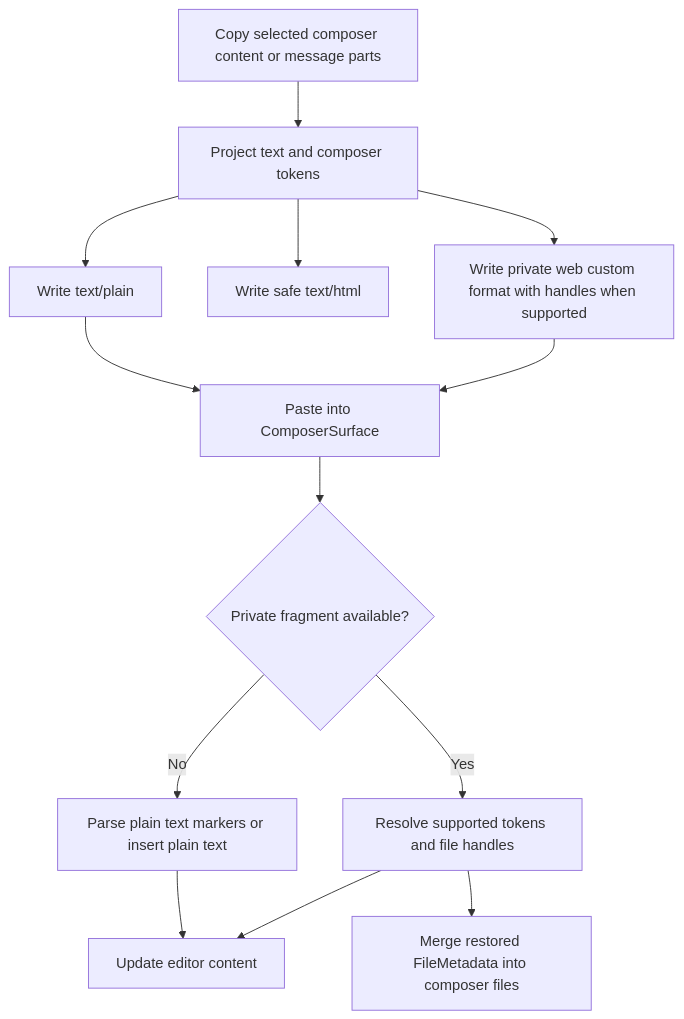
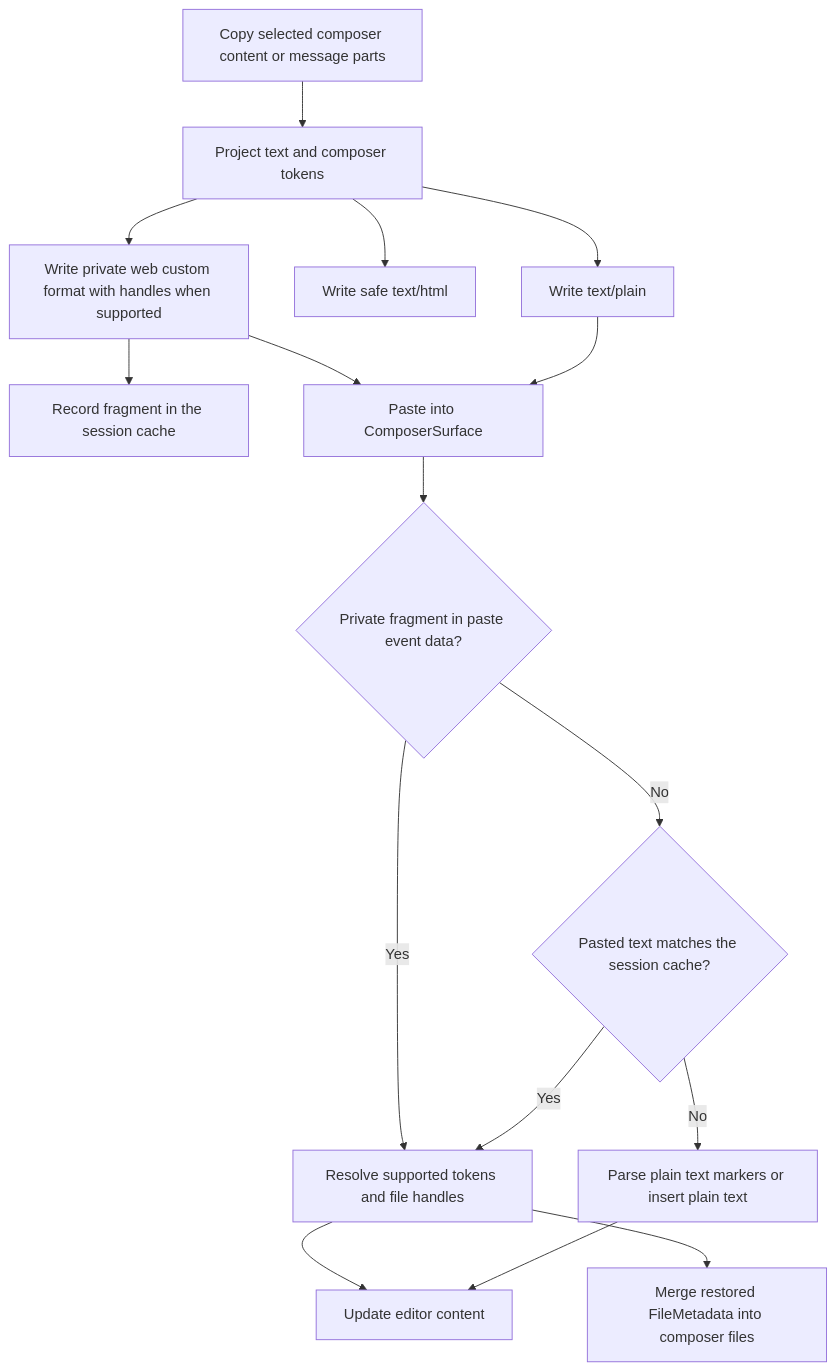
One commit to CherryHQ/cherry-studio changed the diagram in docs/references/messaging/composer-rich-clipboard.md. Above: the diagram before and after it, drawn with Mermaid. The commit also changed other lines of this file and 4 other files, not shown here.

First line of the commit message:
fix(composer-clipboard): keep paste synchronous via session fragment cache

````diff
--- a/docs/references/messaging/composer-rich-clipboard.md
+++ b/docs/references/messaging/composer-rich-clipboard.md
@@ -36,15 +41,18 @@
 ```mermaid
 flowchart TD
   A["Copy selected composer content or message parts"] --> B["Project text and composer tokens"]
   B --> C["Write text/plain"]
   B --> D["Write safe text/html"]
   B --> E["Write private web custom format with handles when supported"]
+  E --> E2["Record fragment in the session cache"]
   E --> F["Paste into ComposerSurface"]
   C --> F
-  F --> G{"Private fragment available?"}
+  F --> G{"Private fragment in paste event data?"}
   G -->|Yes| H["Resolve supported tokens and file handles"]
-  G -->|No| I["Parse plain text markers or insert plain text"]
+  G -->|No| G2{"Pasted text matches the session cache?"}
+  G2 -->|Yes| H
+  G2 -->|No| I["Parse plain text markers or insert plain text"]
   H --> J["Update editor content"]
   H --> K["Merge restored FileMetadata into composer files"]
   I --> J
 ```
````
